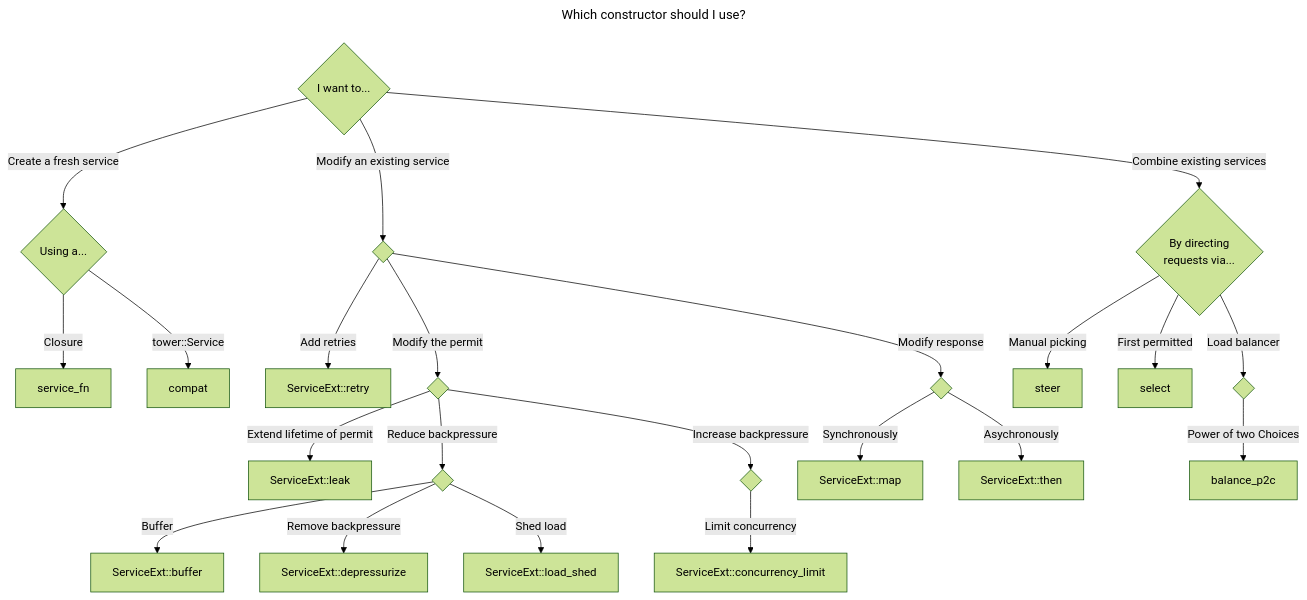
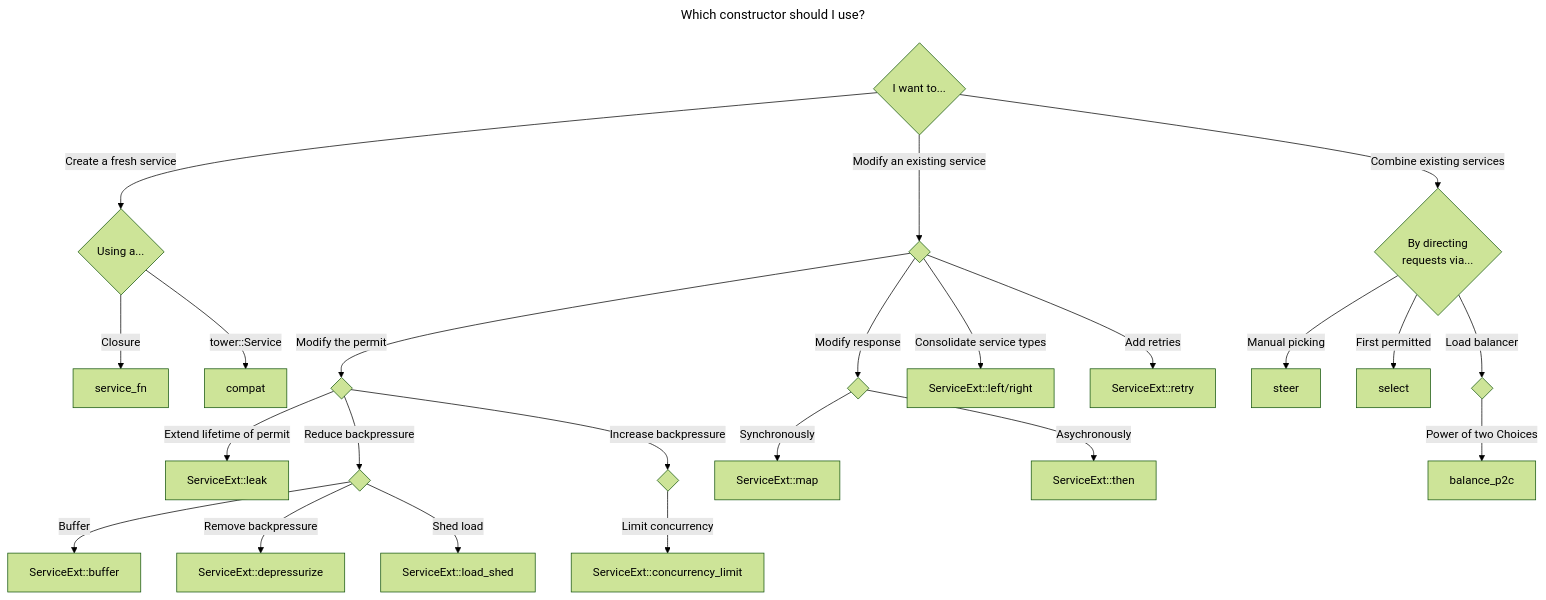
Before and after one commit to hlbarber/burger: the diagram in src/flowchart.mmd, drawn with Mermaid (forest theme).

Commit message:
add `Either` to flowchart

```diff
--- a/src/flowchart.mmd
+++ b/src/flowchart.mmd
@@ -1,25 +1,26 @@
 ---
 title: Which constructor should I use?
 ---
 flowchart TD
     A{I want to...} --> |Create a fresh service| B{Using a...}
     B --> |Closure| service_fn
     B --> |tower::Service| compat
     A --> |Modify an existing service| C{ }
-    C --> |Add retries| ServiceExt::retry
     C --> |Modify the permit| D{ }
     D --> |Extend lifetime of permit| ServiceExt::leak
     D --> |Reduce backpressure| E{ }
     E --> |Buffer| ServiceExt::buffer
     E --> |Remove backpressure| ServiceExt::depressurize
     E --> |Shed load| ServiceExt::load_shed
     D --> |Increase backpressure| F{ }
     F --> |Limit concurrency| ServiceExt::concurrency_limit
     C --> |Modify response| G{ }
     G --> |Synchronously| ServiceExt::map
     G --> |Asychronously| ServiceExt::then
+    C --> |Consolidate service types| ServiceExt::left/right
+    C --> |Add retries| ServiceExt::retry
     A --> |Combine existing services| H{By directing \nrequests via...}
     H --> |Manual picking| steer
     H --> |First permitted| select
     H --> |Load balancer| I{ }
     I --> |Power of two Choices| balance_p2c 
```
